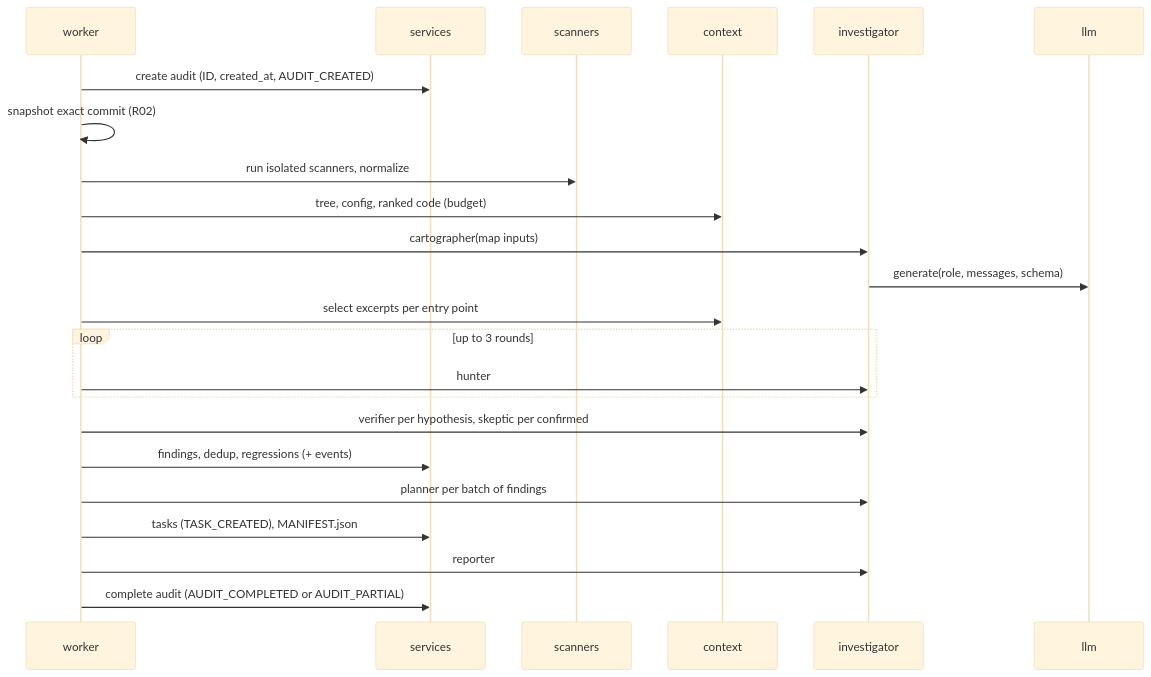
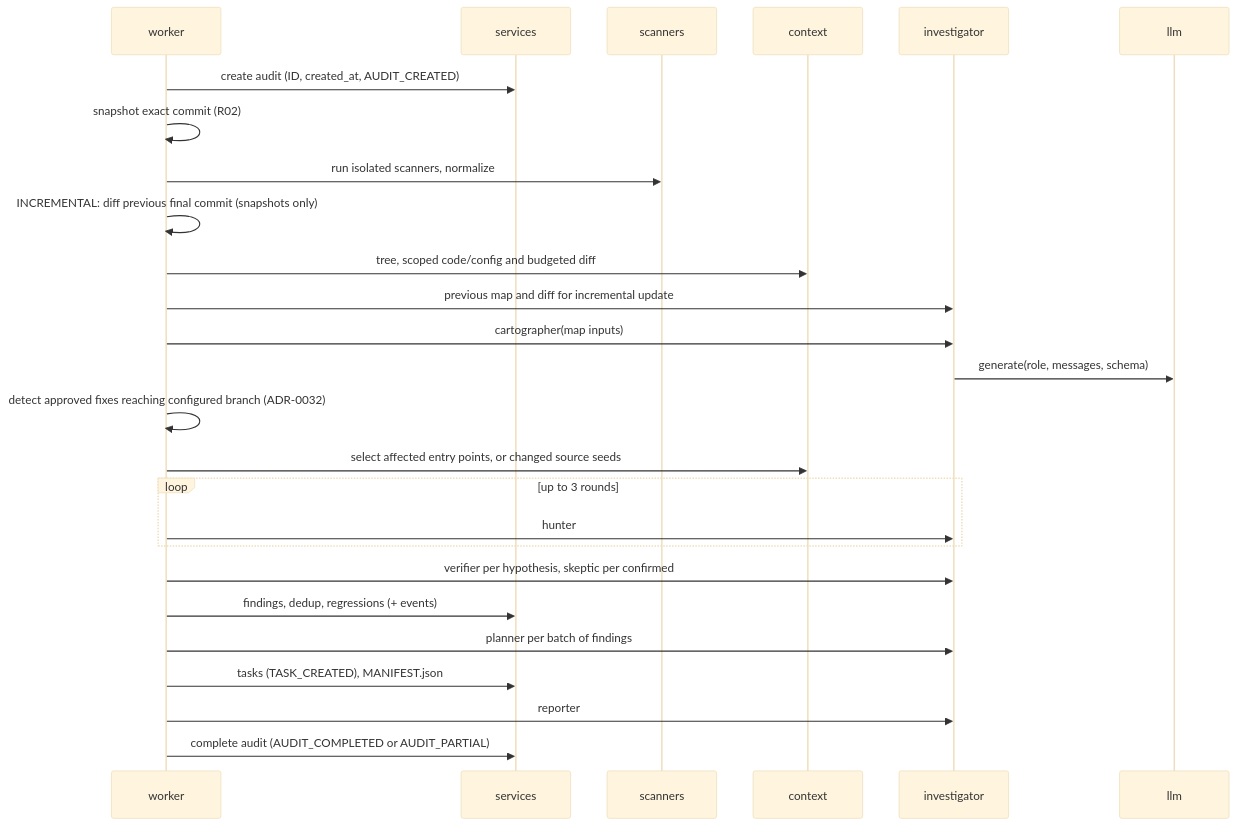
One commit to AlexandreZanata/OpenTatu changed the third of 4 diagrams in docs/ARCHITECTURE.md. Above: the diagram before and after it, drawn with Mermaid (base theme). The commit also changed other lines of this file and 73 other files, not shown here.

````diff
--- a/docs/ARCHITECTURE.md
+++ b/docs/ARCHITECTURE.md
@@ -132,25 +132,28 @@
 ```mermaid
 sequenceDiagram
   participant W as worker
   participant S as services
   participant SC as scanners
   participant C as context
   participant I as investigator
   participant L as llm
   W->>S: create audit (ID, created_at, AUDIT_CREATED)
   W->>W: snapshot exact commit (R02)
   W->>SC: run isolated scanners, normalize
-  W->>C: tree, config, ranked code (budget)
+  W->>W: INCREMENTAL: diff previous final commit (snapshots only)
+  W->>C: tree, scoped code/config and budgeted diff
+  W->>I: previous map and diff for incremental update
   W->>I: cartographer(map inputs)
   I->>L: generate(role, messages, schema)
-  W->>C: select excerpts per entry point
+  W->>W: detect approved fixes reaching configured branch (ADR-0032)
+  W->>C: select affected entry points, or changed source seeds
   loop up to 3 rounds
     W->>I: hunter
   end
   W->>I: verifier per hypothesis, skeptic per confirmed
   W->>S: findings, dedup, regressions (+ events)
   W->>I: planner per batch of findings
   W->>S: tasks (TASK_CREATED), MANIFEST.json
   W->>I: reporter
   W->>S: complete audit (AUDIT_COMPLETED or AUDIT_PARTIAL)
 ```
````
